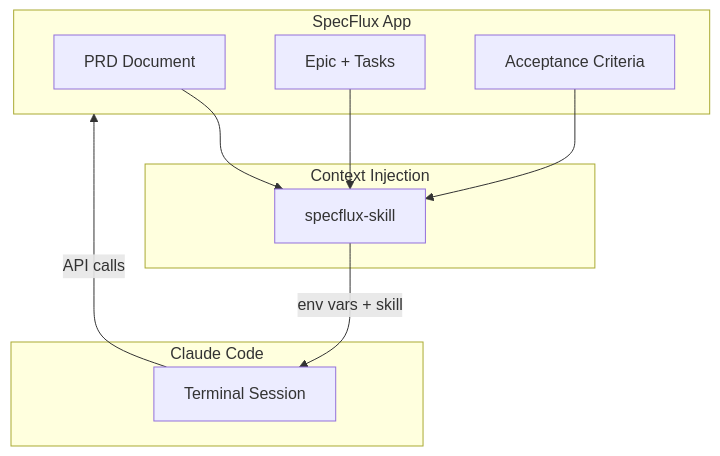
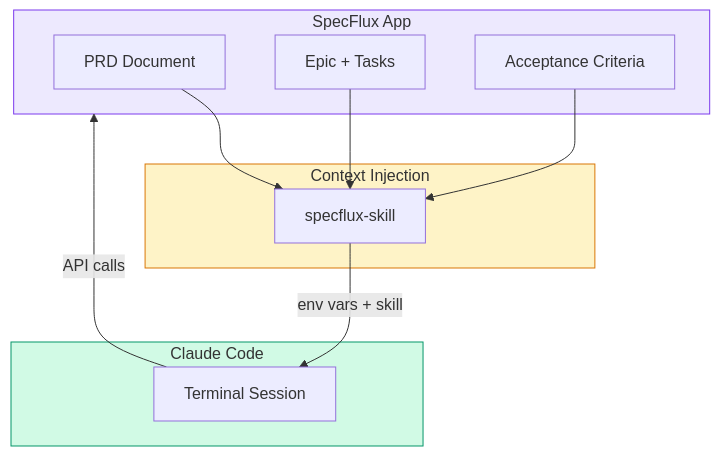
One commit to cliangdev/specflux changed the second of 4 diagrams in docs/ARCHITECTURE.md. Above: the diagram before and after it, drawn with Mermaid. The commit also changed other lines of this file and 1 other file, not shown here.

First line of the commit message:
docs: add colors to mermaid diagrams

````diff
--- a/docs/ARCHITECTURE.md
+++ b/docs/ARCHITECTURE.md
@@ -47,22 +51,26 @@
 ```mermaid
 flowchart TB
     subgraph SpecFlux ["SpecFlux App"]
         PRD[PRD Document]
         Epic[Epic + Tasks]
         AC[Acceptance Criteria]
     end
 
     subgraph Injection ["Context Injection"]
         Skill[specflux-skill]
     end
 
     subgraph Agent ["Claude Code"]
         Terminal[Terminal Session]
     end
 
     PRD --> Skill
     Epic --> Skill
     AC --> Skill
     Skill -->|"env vars + skill"| Terminal
     Terminal -->|API calls| SpecFlux
+
+    style SpecFlux fill:#ede9fe,stroke:#7c3aed
+    style Injection fill:#fef3c7,stroke:#d97706
+    style Agent fill:#d1fae5,stroke:#059669
 ```
````
